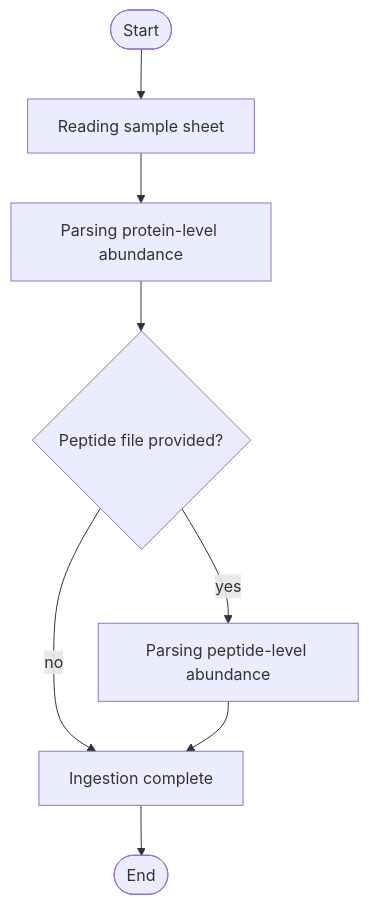
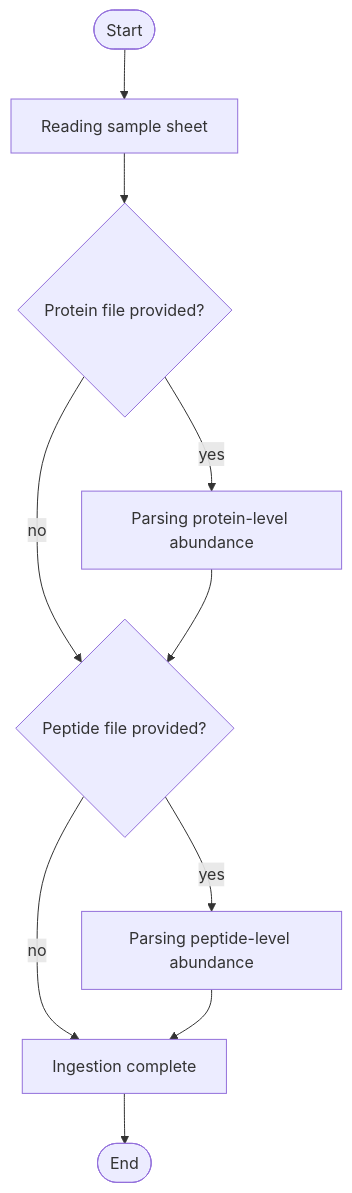
Before and after one commit to noatgnu/lysoip-ingestion-plugin: the diagram in README.md, drawn with Mermaid. The commit also changed other lines of this file and 3 other files, not shown here.

````diff
--- a/README.md
+++ b/README.md
@@ -29,15 +29,18 @@
 ```mermaid
 flowchart TD
     Start([Start]) --> step1
     step1["Reading sample sheet"]
-    step1 --> parse
+    step1 --> has_protein
+    has_protein{"Protein file provided?"}
+    has_protein -->|"yes"| parse
+    has_protein -->|"no"| has_peptides
     parse["Parsing protein-level abundance"]
     parse --> has_peptides
     has_peptides{"Peptide file provided?"}
     has_peptides -->|"yes"| parse_peptides
     has_peptides -->|"no"| step2
     parse_peptides["Parsing peptide-level abundance"]
     parse_peptides --> step2
     step2["Ingestion complete"]
     step2 --> End([End])
 ```
````
